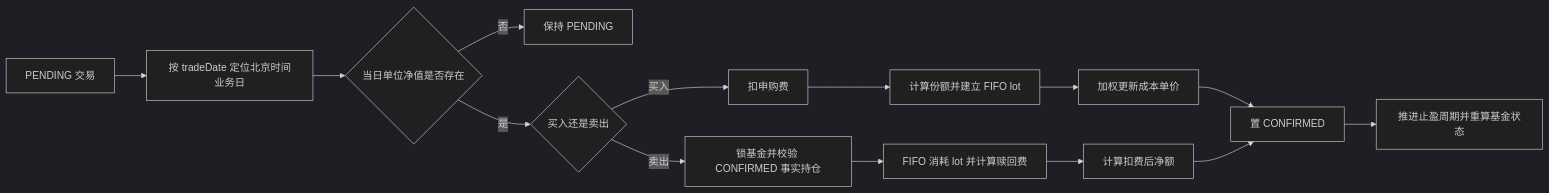
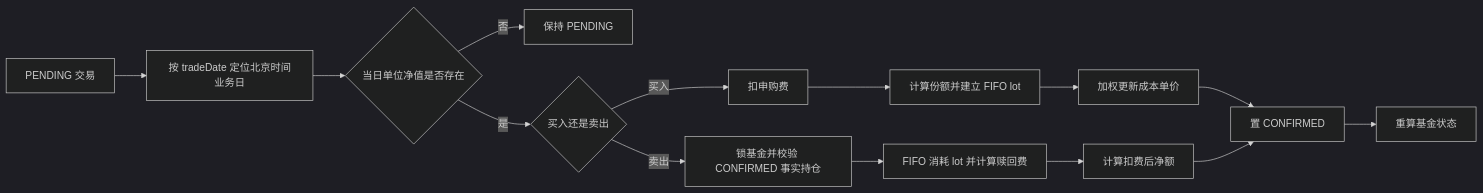
The second of 2 diagrams in docs/business/transactions-and-accounting.md (coolmentha/fundpilot), drawn with Mermaid (dark theme) before and after one commit. The commit also changed other lines of this file and 266 other files, not shown here.

````diff
--- a/docs/business/transactions-and-accounting.md
+++ b/docs/business/transactions-and-accounting.md
@@ -72,16 +72,16 @@
 ```mermaid
 flowchart LR
     A[PENDING 交易] --> B[按 tradeDate 定位北京时间业务日]
     B --> C{当日单位净值是否存在}
     C -- 否 --> D[保持 PENDING]
     C -- 是 --> E{买入还是卖出}
     E -- 买入 --> F[扣申购费]
     F --> G[计算份额并建立 FIFO lot]
     G --> H[加权更新成本单价]
     E -- 卖出 --> I[锁基金并校验 CONFIRMED 事实持仓]
     I --> J[FIFO 消耗 lot 并计算赎回费]
     J --> K[计算扣费后净额]
     H --> L[置 CONFIRMED]
     K --> L
-    L --> M[推进止盈周期并重算基金状态]
+    L --> M[重算基金状态]
 ```
````
